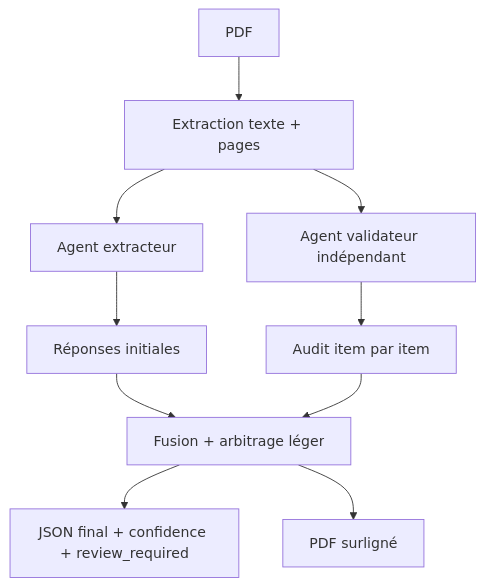
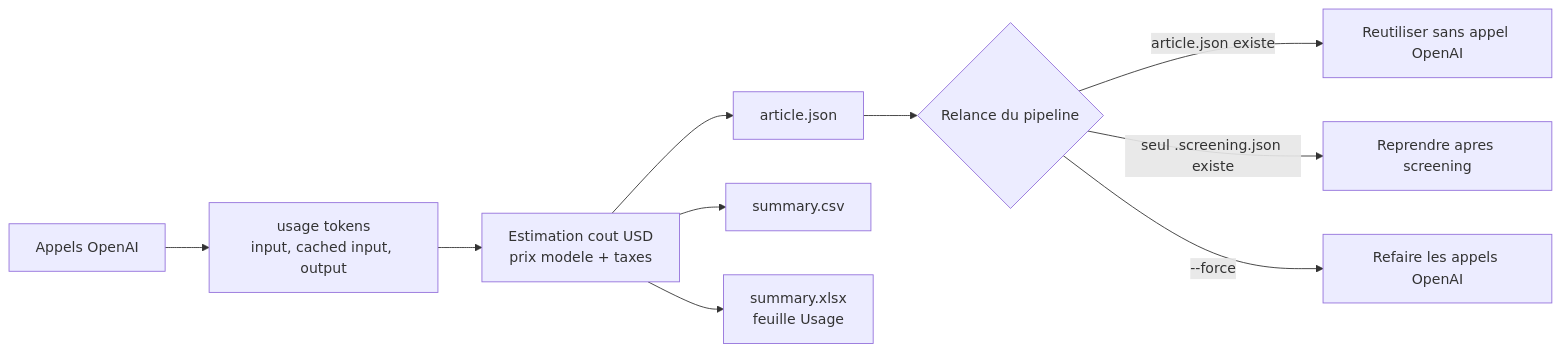
One commit to mickaelbegon/Review_extraction changed the fourth of 4 diagrams in README.md. Above: the diagram before and after it, drawn with Mermaid. The commit also changed other lines of this file, not shown here.

Commit message:
Update README architecture diagrams

````diff
--- a/README.md
+++ b/README.md
@@ -279,12 +314,13 @@
 ```mermaid
-flowchart TD
-    A["PDF"] --> B["Extraction texte + pages"]
-    B --> C["Agent extracteur"]
-    B --> D["Agent validateur indépendant"]
-    C --> E["Réponses initiales"]
-    D --> F["Audit item par item"]
-    E --> G["Fusion + arbitrage léger"]
-    F --> G
-    G --> H["JSON final + confidence + review_required"]
-    G --> I["PDF surligné"]
+flowchart LR
+    A["Appels OpenAI"] --> B["usage tokens<br/>input, cached input, output"]
+    B --> C["Estimation cout USD<br/>prix modele + taxes"]
+    C --> D["article.json"]
+    C --> E["summary.csv"]
+    C --> F["summary.xlsx<br/>feuille Usage"]
+
+    D --> G{"Relance du pipeline"}
+    G -- "article.json existe" --> H["Reutiliser sans appel OpenAI"]
+    G -- "seul .screening.json existe" --> I["Reprendre apres screening"]
+    G -- "--force" --> J["Refaire les appels OpenAI"]
 ```
````
